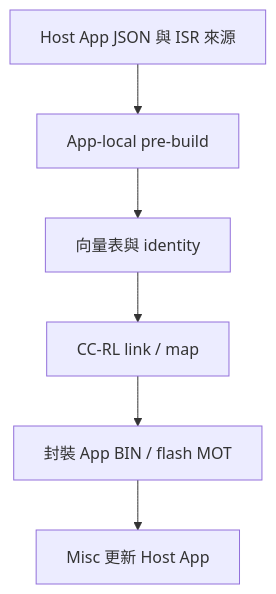
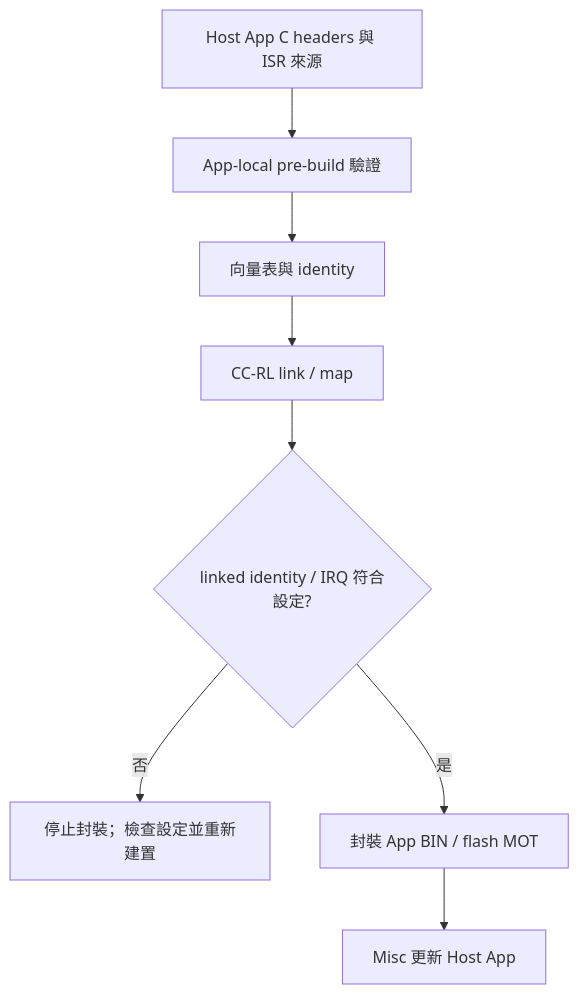
One commit to released/slide_isp_tool_for_RL78 changed diagram 12 of 15 in index.md. Above: the diagram before and after it, drawn with Mermaid. The commit also changed other lines of this file and 1 other file, not shown here.

````diff
--- a/index.md
+++ b/index.md
@@ -611,8 +632,10 @@
 ```mermaid
 flowchart TD
-    CONFIG["Host App JSON 與 ISR 來源"] --> GEN["App-local pre-build"]
+    CONFIG["Host App C headers 與 ISR 來源"] --> GEN["App-local pre-build 驗證"]
     GEN --> TABLE["向量表與 identity"]
     TABLE --> LINK["CC-RL link / map"]
-    LINK --> PACK["封裝 App BIN / flash MOT"]
+    LINK --> CHECK{"linked identity / IRQ 符合設定?"}
+    CHECK -->|否| STOP["停止封裝；檢查設定並重新建置"]
+    CHECK -->|是| PACK["封裝 App BIN / flash MOT"]
     PACK --> UPDATE["Misc 更新 Host App"]
 ```
````
